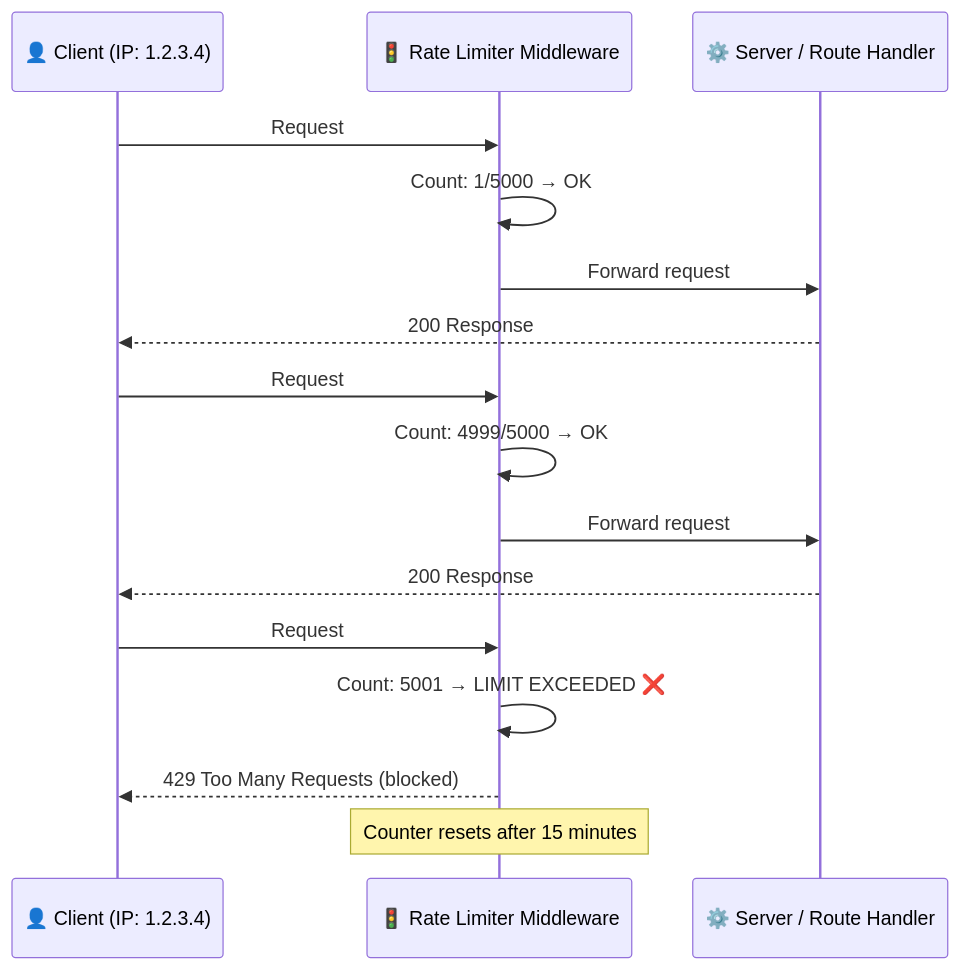
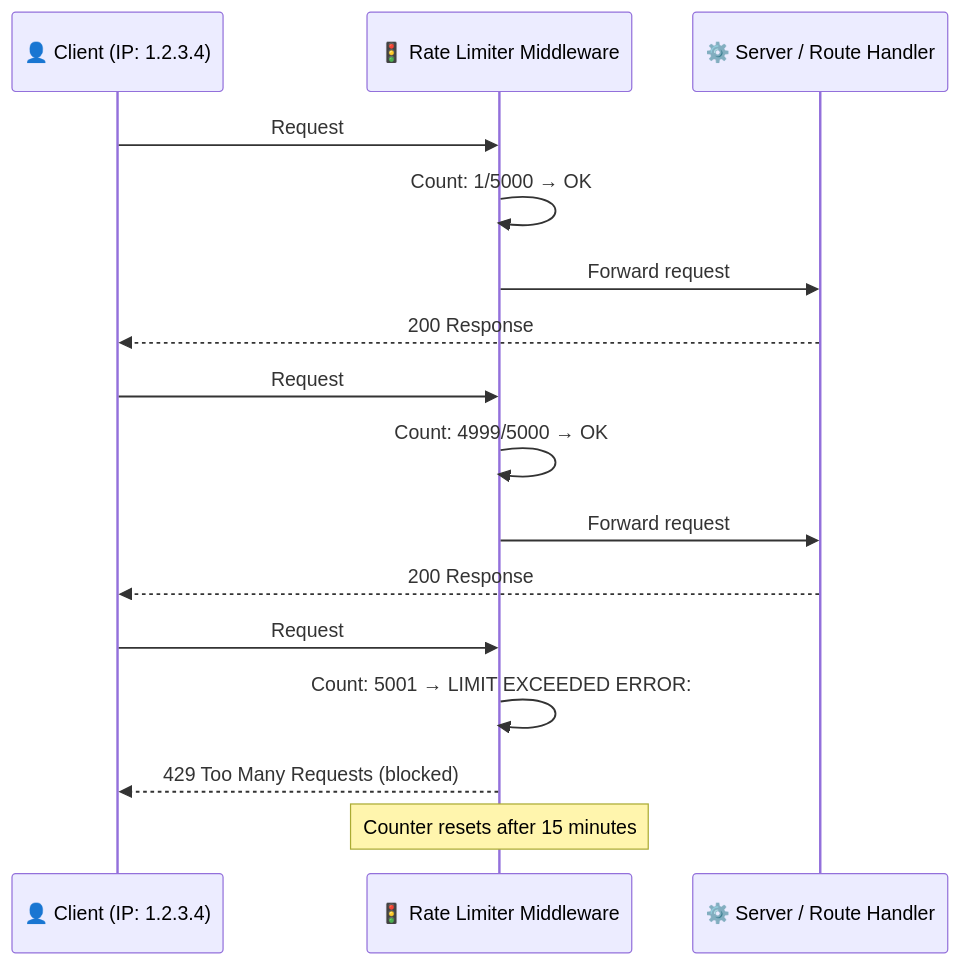
The fifth of 6 diagrams in QA.md (ayushdayal900/Mahalaxmi-Tailoring), drawn with Mermaid before and after one commit. The commit also changed other lines of this file and 19 other files, not shown here.

````diff
--- a/QA.md
+++ b/QA.md
@@ -987,21 +987,21 @@
 ```mermaid
 sequenceDiagram
     participant C as 👤 Client (IP: 1.2.3.4)
     participant R as 🚦 Rate Limiter Middleware
     participant S as ⚙️ Server / Route Handler
 
     C->>R: Request #1 to /api/...
     R->>R: Count: 1/5000 → OK
     R->>S: Forward request
     S-->>C: 200 Response
 
     C->>R: Request #4999 to /api/...
     R->>R: Count: 4999/5000 → OK
     R->>S: Forward request
     S-->>C: 200 Response
 
     C->>R: Request #5001 to /api/...
-    R->>R: Count: 5001 → LIMIT EXCEEDED ❌
+    R->>R: Count: 5001 → LIMIT EXCEEDED ERROR: 
     R-->>C: 429 Too Many Requests (blocked)
     Note over R: Counter resets after 15 minutes
 ```
````
